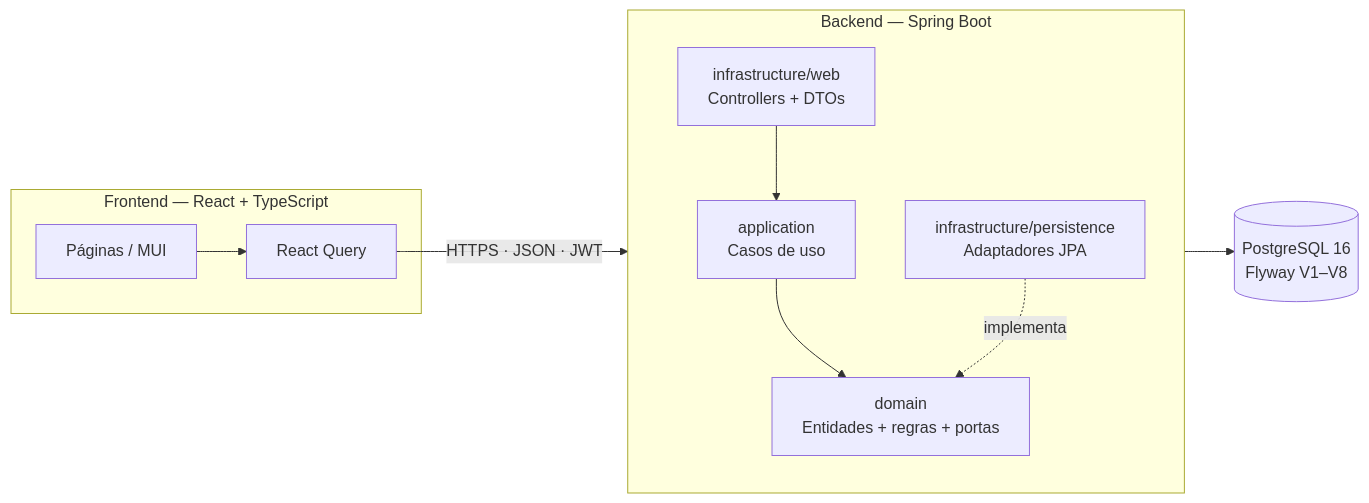
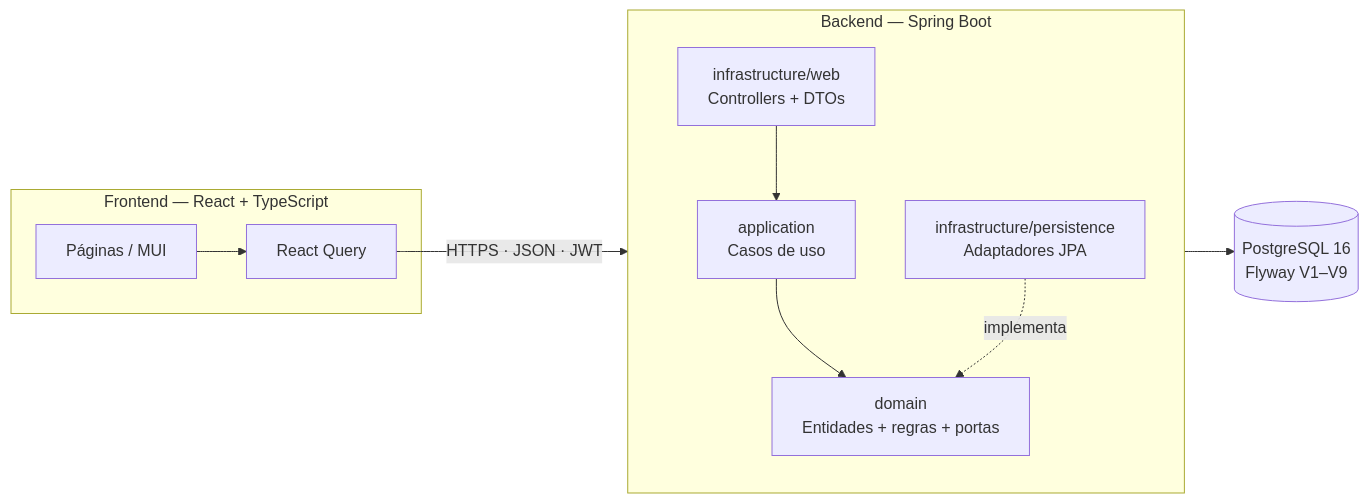
One commit to Krsoliveira/pcp-inteligente-producao changed the first of 2 diagrams in README.md. Above: the diagram before and after it, drawn with Mermaid. The commit also changed other lines of this file and 83 other files, not shown here.

````diff
--- a/README.md
+++ b/README.md
@@ -78,14 +81,14 @@
 ```mermaid
 flowchart LR
     subgraph Frontend["Frontend — React + TypeScript"]
         UI[Páginas / MUI] --> RQ[React Query]
     end
     subgraph Backend["Backend — Spring Boot"]
         direction TB
         WEB[infrastructure/web<br/>Controllers + DTOs] --> APP[application<br/>Casos de uso]
         APP --> DOM[domain<br/>Entidades + regras + portas]
         JPA[infrastructure/persistence<br/>Adaptadores JPA] -. implementa .-> DOM
     end
     RQ -->|HTTPS · JSON · JWT| WEB
-    JPA --> DB[(PostgreSQL 16<br/>Flyway V1–V8)]
+    JPA --> DB[(PostgreSQL 16<br/>Flyway V1–V9)]
 ```
````
